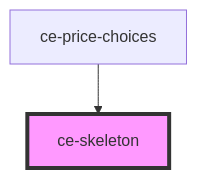
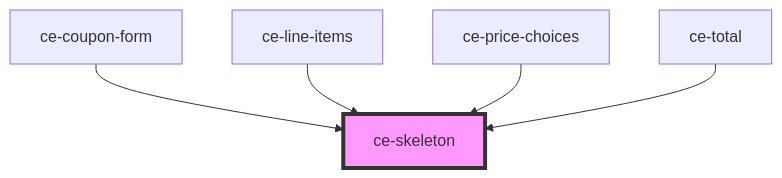
One commit to surecart/surecart-wp-plugin changed the diagram in packages/components/docs/components/ui/skeleton/readme.md. Above: the diagram before and after it, drawn with Mermaid. The commit also changed other lines of this file and 19 other files, not shown here.

````diff
--- a/packages/components/docs/components/ui/skeleton/readme.md
+++ b/packages/components/docs/components/ui/skeleton/readme.md
@@ -39,5 +42,8 @@
 ```mermaid
 graph TD;
+  ce-coupon-form --> ce-skeleton
+  ce-line-items --> ce-skeleton
   ce-price-choices --> ce-skeleton
+  ce-total --> ce-skeleton
   style ce-skeleton fill:#f9f,stroke:#333,stroke-width:4px
 ```
````
